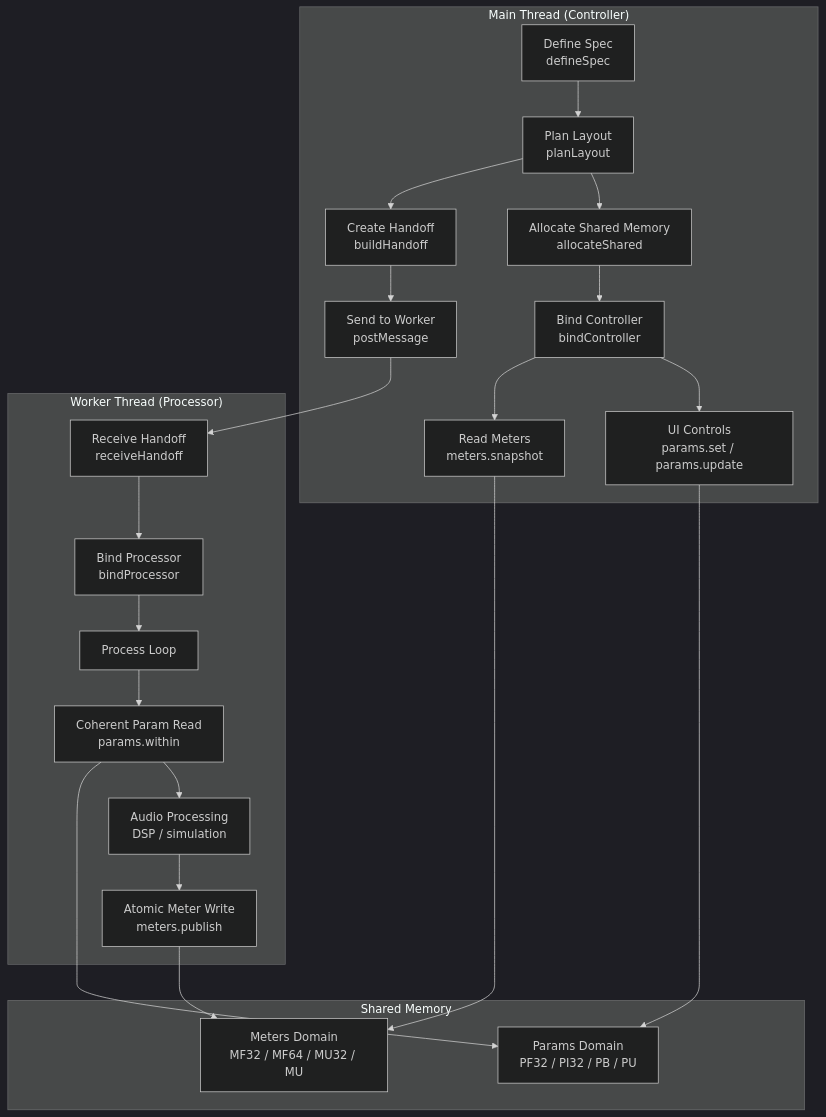
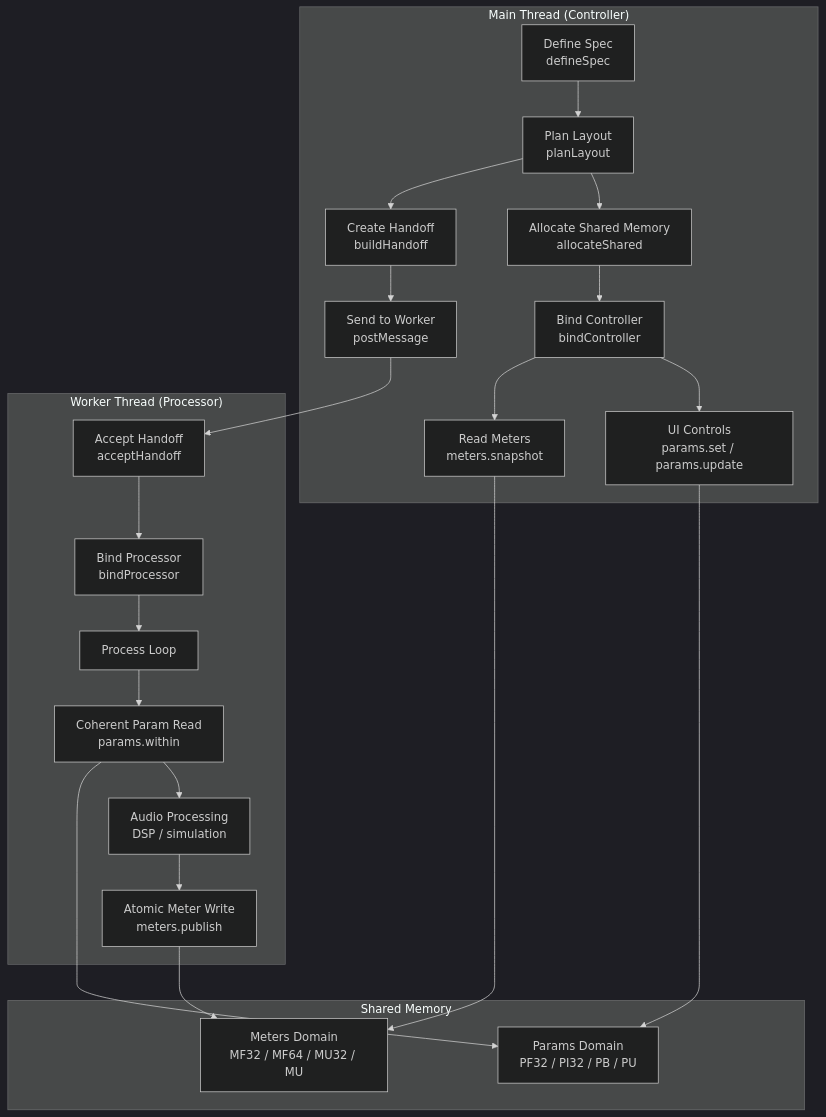
The first of 6 diagrams in packages/core/docs/architecture/16-seqlok-e2e-flow-visual-guide.md (maikeleckelboom/exclave-boundary), drawn with Mermaid (dark theme) before and after one commit. The commit also changed other lines of this file and 51 other files, not shown here.

````diff
--- a/packages/core/docs/architecture/16-seqlok-e2e-flow-visual-guide.md
+++ b/packages/core/docs/architecture/16-seqlok-e2e-flow-visual-guide.md
@@ -23,31 +23,31 @@
 ```mermaid
 graph TB
   subgraph "Main Thread (Controller)"
     A[Define Spec<br/>defineSpec] --> B[Plan Layout<br/>planLayout]
     B --> C[Allocate Shared Memory<br/>allocateShared]
     C --> D[Bind Controller<br/>bindController]
     B --> E[Create Handoff<br/>buildHandoff]
     E --> F[Send to Worker<br/>postMessage]
     D --> G[UI Controls<br/>params.set / params.update]
     D --> H[Read Meters<br/>meters.snapshot]
   end
 
   subgraph "Worker Thread (Processor)"
-    F --> I[Receive Handoff<br/>receiveHandoff]
+    F --> I[Accept Handoff<br/>acceptHandoff]
     I --> K[Bind Processor<br/>bindProcessor]
     K --> L[Process Loop]
     L --> M[Coherent Param Read<br/>params.within]
     M --> N[Audio Processing<br/>DSP / simulation]
     N --> O[Atomic Meter Write<br/>meters.publish]
   end
 
   subgraph "Shared Memory"
     P[Params Domain<br/>PF32 / PI32 / PB / PU]
     Q[Meters Domain<br/>MF32 / MF64 / MU32 / MU]
   end
 
   G --> P
   M --> P
   O --> Q
   H --> Q
 ```
````
